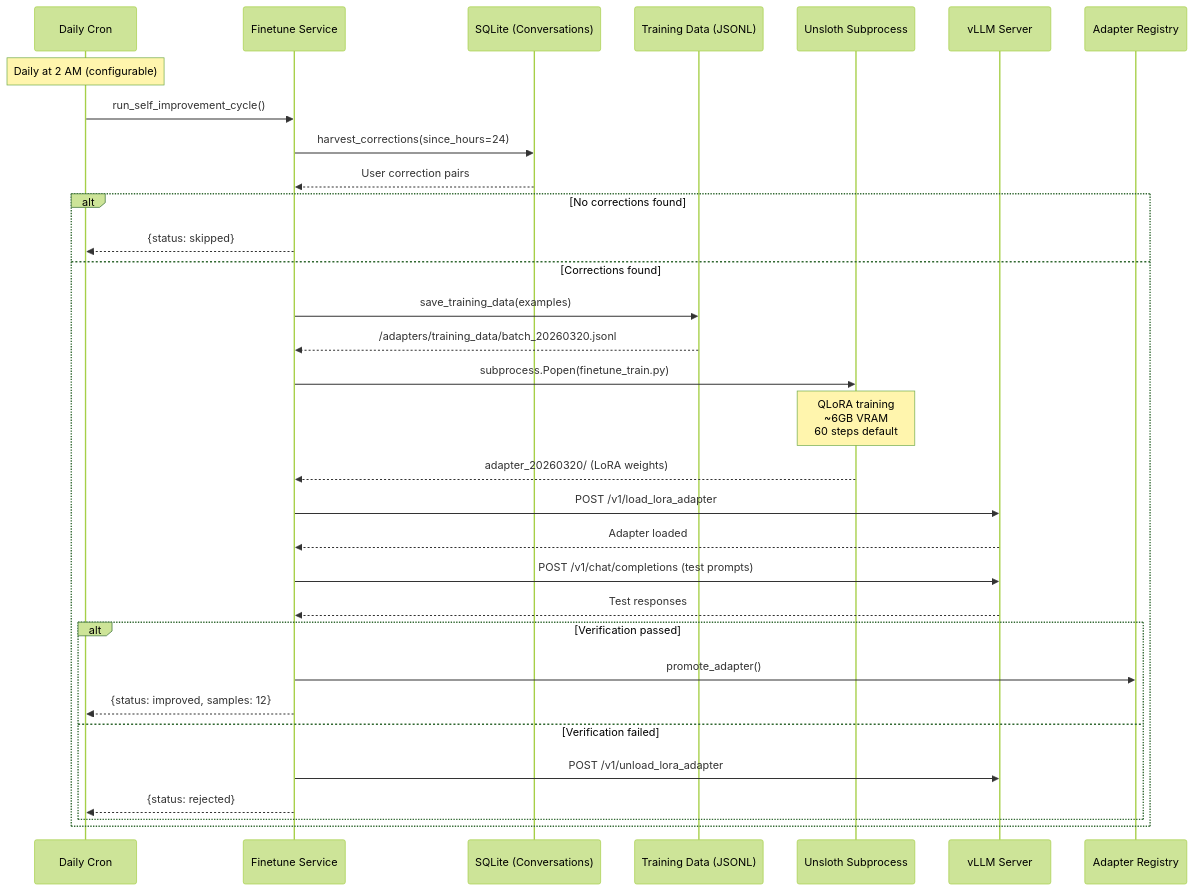
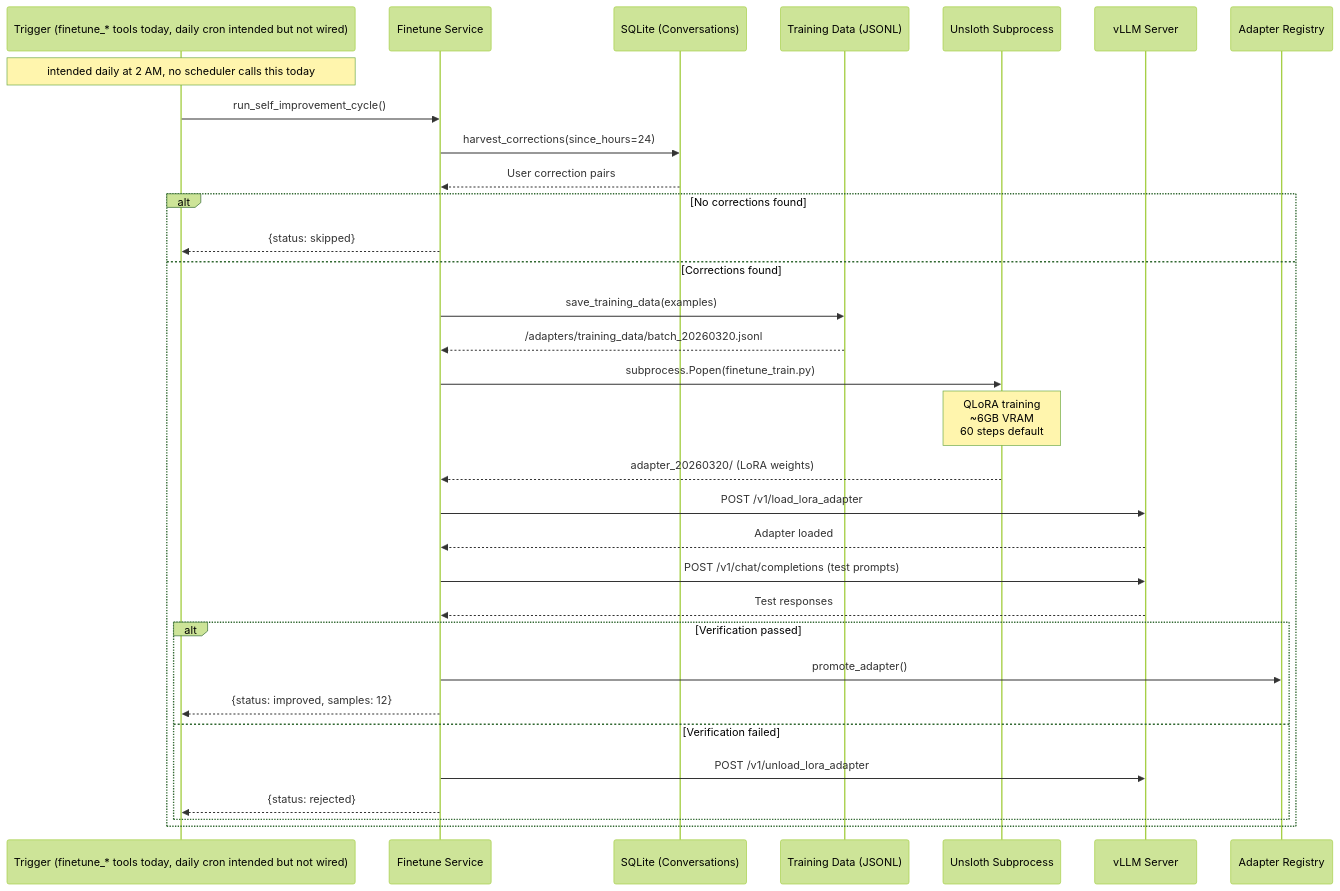
The diagram in docs/agents/self-improvement.md (praxagent/prax), drawn with Mermaid (forest theme) before and after one commit. The commit also changed other lines of this file and 85 other files, not shown here.

````diff
--- a/docs/agents/self-improvement.md
+++ b/docs/agents/self-improvement.md
@@ -23,40 +32,40 @@
 ```mermaid
 sequenceDiagram
-    participant Sched as Daily Cron
+    participant Sched as Trigger (finetune_* tools today, daily cron intended but not wired)
     participant FT as Finetune Service
     participant DB as SQLite (Conversations)
     participant Disk as Training Data (JSONL)
     participant Train as Unsloth Subprocess
     participant vLLM as vLLM Server
     participant Reg as Adapter Registry
 
-    Note over Sched: Daily at 2 AM (configurable)
+    Note over Sched: intended daily at 2 AM, no scheduler calls this today
     Sched->>FT: run_self_improvement_cycle()
     FT->>DB: harvest_corrections(since_hours=24)
     DB-->>FT: User correction pairs
 
     alt No corrections found
         FT-->>Sched: {status: skipped}
     else Corrections found
         FT->>Disk: save_training_data(examples)
         Disk-->>FT: /adapters/training_data/batch_20260320.jsonl
 
         FT->>Train: subprocess.Popen(finetune_train.py)
         Note over Train: QLoRA training<br/>~6GB VRAM<br/>60 steps default
         Train-->>FT: adapter_20260320/ (LoRA weights)
 
         FT->>vLLM: POST /v1/load_lora_adapter
         vLLM-->>FT: Adapter loaded
 
         FT->>vLLM: POST /v1/chat/completions (test prompts)
         vLLM-->>FT: Test responses
 
         alt Verification passed
             FT->>Reg: promote_adapter()
             FT-->>Sched: {status: improved, samples: 12}
         else Verification failed
             FT->>vLLM: POST /v1/unload_lora_adapter
             FT-->>Sched: {status: rejected}
         end
     end
 ```
````
